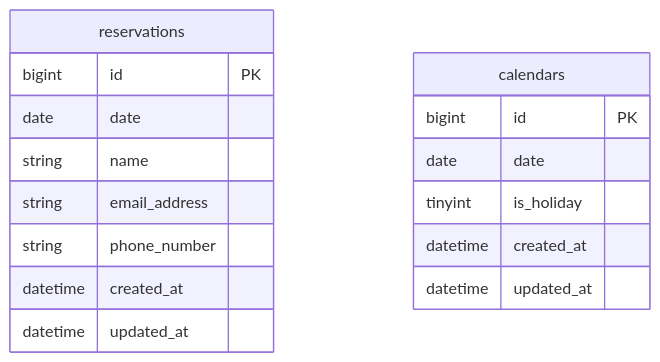
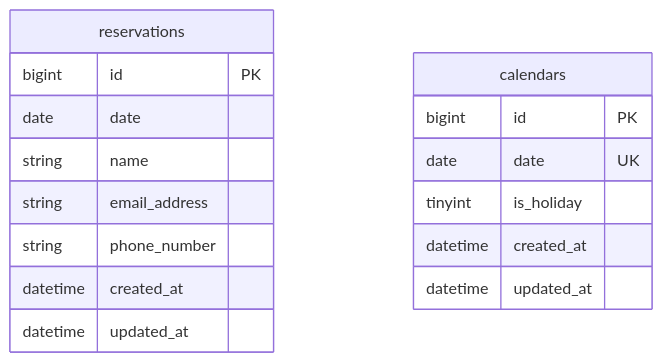
The diagram in documents/api/er.md (nakajima97/fastapi-react-reservation-form-object-oriented), drawn with Mermaid before and after one commit.

Commit message:
#33 unique keyを追加

````diff
--- a/documents/api/er.md
+++ b/documents/api/er.md
@@ -1,20 +1,20 @@
 ```mermaid
 erDiagram
   reservations {
     bigint id PK
     date date
     string name
     string email_address
     string phone_number
     datetime created_at
     datetime updated_at
   }
 
   calendars {
     bigint id PK
-    date date
+    date date UK
     tinyint is_holiday
     datetime created_at
     datetime updated_at
   }
 ```
````
